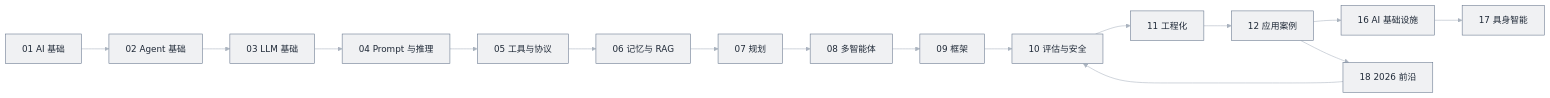
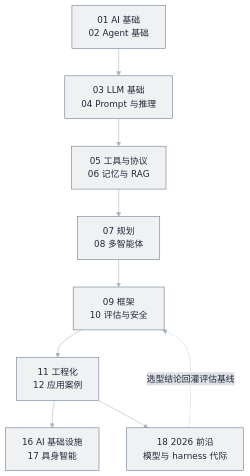
Before and after one commit to funny8kids/ai-agent-handbook: the diagram in docs/00-index/learning-path.md, drawn with Mermaid. The commit also changed other lines of this file and 17 other files, not shown here.

First line of the commit message:
Fix 17 Mermaid diagrams that GitBook was scaling into unreadable text

````diff
--- a/docs/00-index/learning-path.md
+++ b/docs/00-index/learning-path.md
@@ -27,19 +27,12 @@
 ```mermaid
 %%{init: {"theme":"base","themeVariables":{"primaryColor":"#F0F1F3","primaryBorderColor":"#64748B","primaryTextColor":"#1F2937","secondaryColor":"#DDE0E5","tertiaryColor":"#F9F9FA","lineColor":"#AAB3BF","actorBkg":"#F3F4F6","actorBorder":"#64748B","actorTextColor":"#1F2937","signalColor":"#939EAE","noteBkgColor":"#E3E6EA","noteBorderColor":"#64748B","noteTextColor":"#1F2937","labelBoxBkgColor":"#F0F1F3","labelBoxBorderColor":"#64748B"}}}%%
-flowchart LR
-  A[01 AI 基础] --> B[02 Agent 基础]
-  B --> C[03 LLM 基础]
-  C --> D[04 Prompt 与推理]
-  D --> E[05 工具与协议]
-  E --> F[06 记忆与 RAG]
-  F --> G[07 规划]
-  G --> H[08 多智能体]
-  H --> I[09 框架]
-  I --> J[10 评估与安全]
-  J --> K[11 工程化]
-  K --> L[12 应用案例]
-  L --> M[16 AI 基础设施]
-  M --> N[17 具身智能]
-  L --> O[18 2026 前沿]
-  O --> J
+flowchart TD
+  A["01 AI 基础<br/>02 Agent 基础"] --> B["03 LLM 基础<br/>04 Prompt 与推理"]
+  B --> C["05 工具与协议<br/>06 记忆与 RAG"]
+  C --> D["07 规划<br/>08 多智能体"]
+  D --> E["09 框架<br/>10 评估与安全"]
+  E --> F["11 工程化<br/>12 应用案例"]
+  F --> G["16 AI 基础设施<br/>17 具身智能"]
+  F --> H["18 2026 前沿<br/>模型与 harness 代际"]
+  H -.->|"选型结论回灌评估基线"| E
 ```
````
